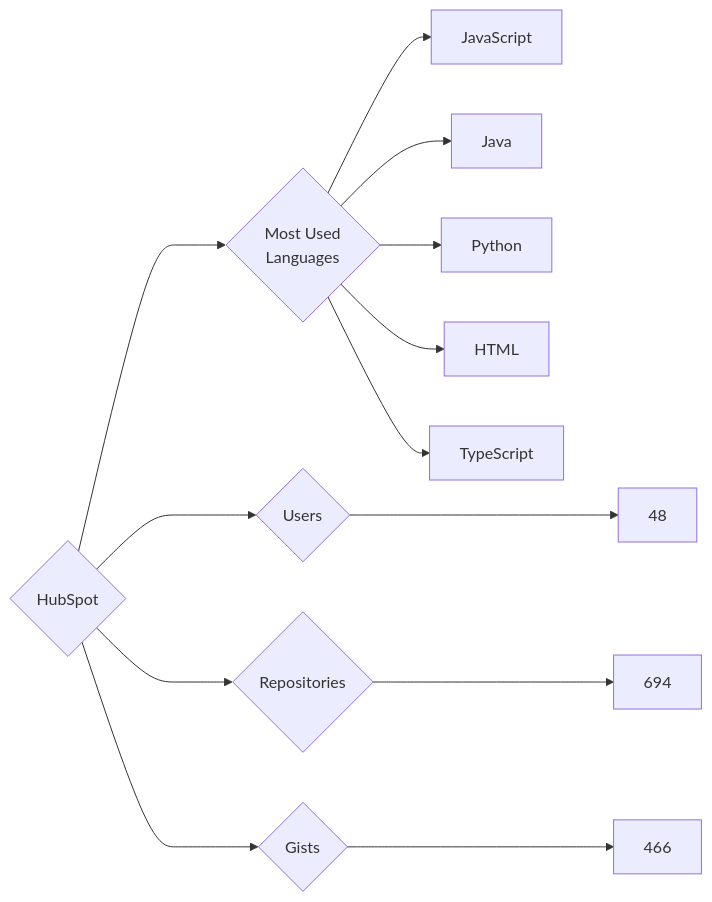
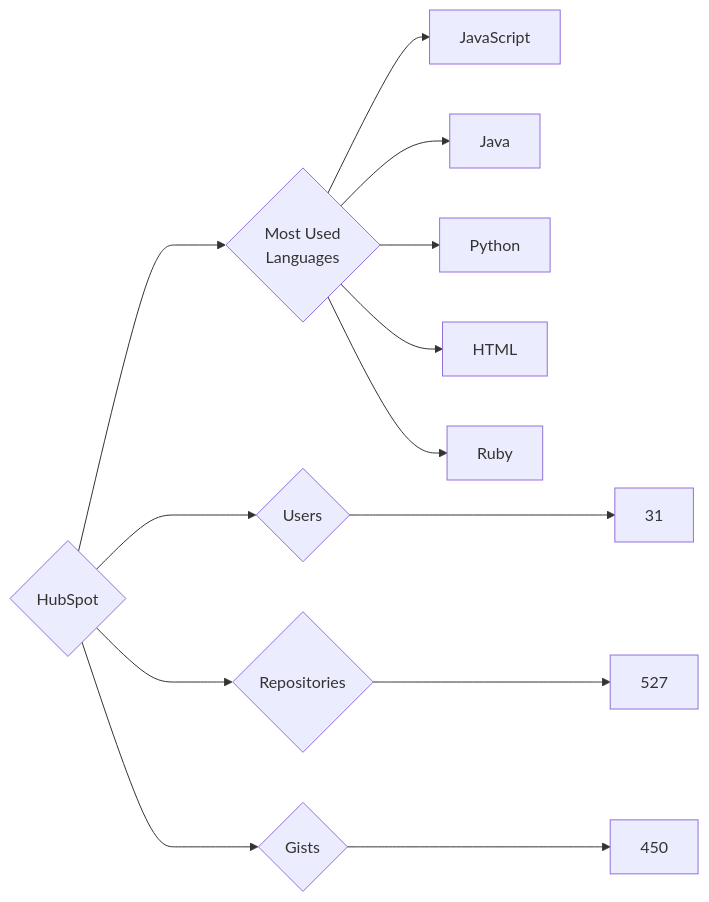
One commit to trickest/insiders changed the diagram in targets/HubSpot/README.md. Above: the diagram before and after it, drawn with Mermaid. The commit also changed 757 other files, not shown here.

````diff
--- a/targets/HubSpot/README.md
+++ b/targets/HubSpot/README.md
@@ -3,13 +3,13 @@
 ```mermaid
 graph LR
 COMPANY_NAME{HubSpot}
-COMPANY_NAME ---> U{Users} ---> UN[48]
-COMPANY_NAME ---> R{Repositories} ---> RN[694]
-COMPANY_NAME ---> G{Gists} ---> GN[466]
+COMPANY_NAME ---> U{Users} ---> UN[31]
+COMPANY_NAME ---> R{Repositories} ---> RN[527]
+COMPANY_NAME ---> G{Gists} ---> GN[450]
 COMPANY_NAME ---> ML{Most Used<br>Languages}
 ML --> JavaScript[JavaScript]
 ML --> Java[Java]
 ML --> Python[Python]
 ML --> HTML[HTML]
-ML --> TypeScript[TypeScript]
+ML --> Ruby[Ruby]
 ```
````
